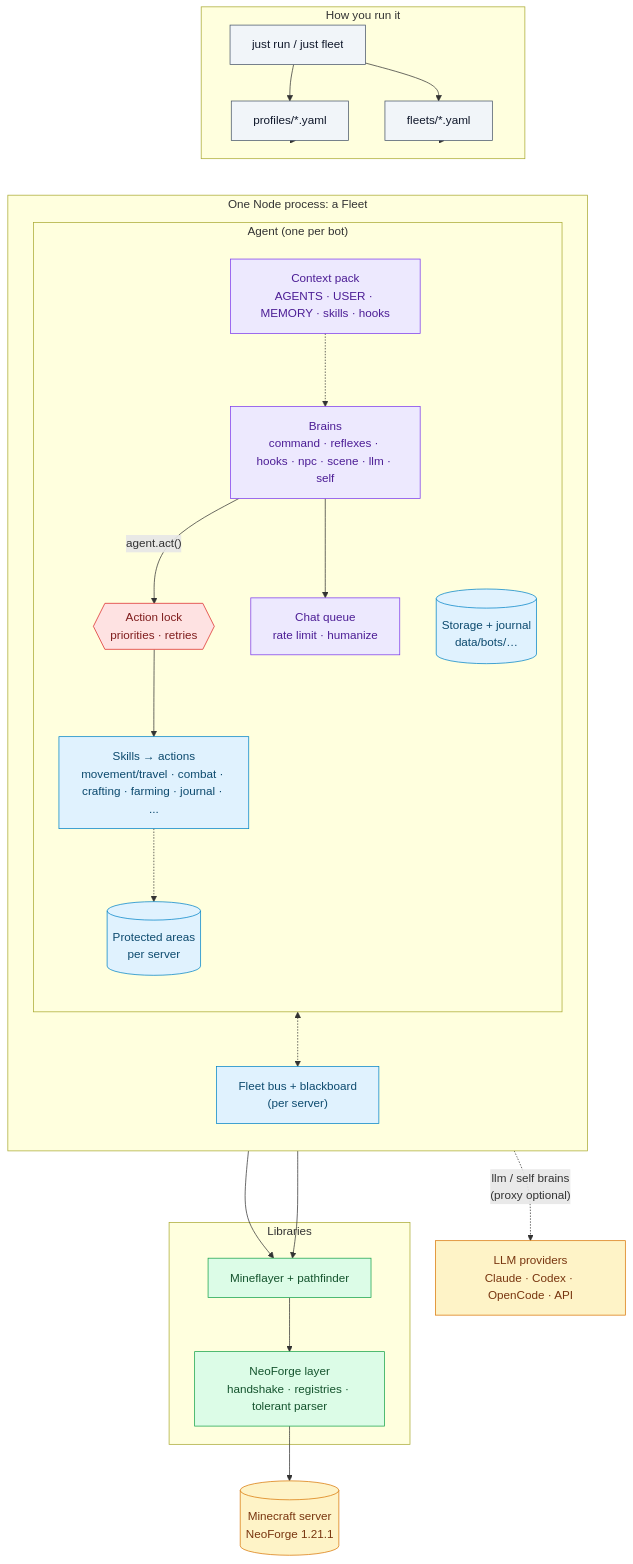
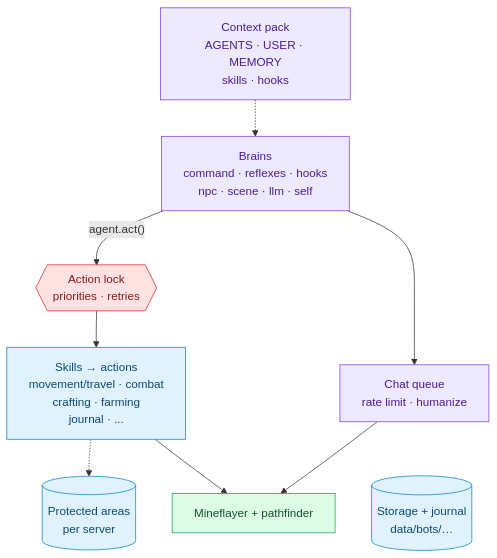
Before and after one commit to thereisnotime/golemkit: the second of 4 diagrams in docs/concepts/architecture.md, drawn with Mermaid. The commit also changed other lines of this file and 20 other files, not shown here.

First line of the commit message:
Docs: replace the last ASCII diagrams with mermaid, make wide charts top-down to fit the column

````diff
--- a/docs/concepts/architecture.md
+++ b/docs/concepts/architecture.md
@@ -14,51 +41,23 @@
 ```mermaid
 flowchart TB
-  subgraph run["How you run it"]
-    CLI["just run / just fleet"]
-    PROF["profiles/*.yaml"]
-    FLEET["fleets/*.yaml"]
-  end
-  subgraph proc["One Node process: a Fleet"]
-    direction TB
-    subgraph agent["Agent (one per bot)"]
-      direction TB
-      BR["Brains<br/>command · reflexes · hooks · npc · scene · llm · self"]
-      CTX["Context pack<br/>AGENTS · USER · MEMORY · skills · hooks"]
-      LOCK{{"Action lock<br/>priorities · retries"}}
-      SK["Skills → actions<br/>movement/travel · combat · crafting · farming · journal · ..."]
-      CHAT["Chat queue<br/>rate limit · humanize"]
-      ST[("Storage + journal<br/>data/bots/…")]
-      PA[("Protected areas<br/>per server")]
-    end
-    BUS["Fleet bus + blackboard<br/>(per server)"]
-  end
-  subgraph lib["Libraries"]
-    MF["Mineflayer + pathfinder"]
-    NF["NeoForge layer<br/>handshake · registries · tolerant parser"]
-  end
-  LLM["LLM providers<br/>Claude · Codex · OpenCode · API"]
-  SRV[("Minecraft server<br/>NeoForge 1.21.1")]
-
-  CLI --> PROF & FLEET --> agent
-  BR -->|"agent.act()"| LOCK --> SK --> MF
-  BR --> CHAT --> MF
-  BR <-.-> BUS
-  CTX -.-> BR
-  BR -.->|"llm / self brains<br/>(proxy optional)"| LLM
-  SK -.-> PA
-  MF --> NF --> SRV
-  agent --- ST
-
+  CTX["Context pack<br/>AGENTS · USER · MEMORY<br/>skills · hooks"]
+  CTX -.-> BR["Brains<br/>command · reflexes · hooks<br/>npc · scene · llm · self"]
+  BR -->|"agent.act()"| LOCK{{"Action lock<br/>priorities · retries"}}
+  BR --> CHAT["Chat queue<br/>rate limit · humanize"]
+  LOCK --> SK["Skills → actions<br/>movement/travel · combat<br/>crafting · farming<br/>journal · ..."]
+  SK -.-> PA[("Protected areas<br/>per server")]
+  ST[("Storage + journal<br/>data/bots/…")]
+  CHAT ~~~ ST
+  SK --> MF["Mineflayer + pathfinder"]
+  CHAT --> MF
   classDef run fill:#f1f5f9,stroke:#475569,color:#0f172a
   classDef brain fill:#ede9fe,stroke:#7c3aed,color:#4c1d95
   classDef lock fill:#fee2e2,stroke:#dc2626,color:#7f1d1d
   classDef skill fill:#e0f2fe,stroke:#0284c7,color:#0c4a6e
   classDef lib fill:#dcfce7,stroke:#16a34a,color:#14532d
   classDef ext fill:#fef3c7,stroke:#d97706,color:#78350f
-  class CLI,PROF,FLEET run
   class BR,CHAT,CTX brain
   class LOCK lock
-  class SK,ST,BUS,PA skill
-  class MF,NF lib
-  class LLM,SRV ext
+  class SK,ST,PA skill
+  class MF lib
 ```
````
